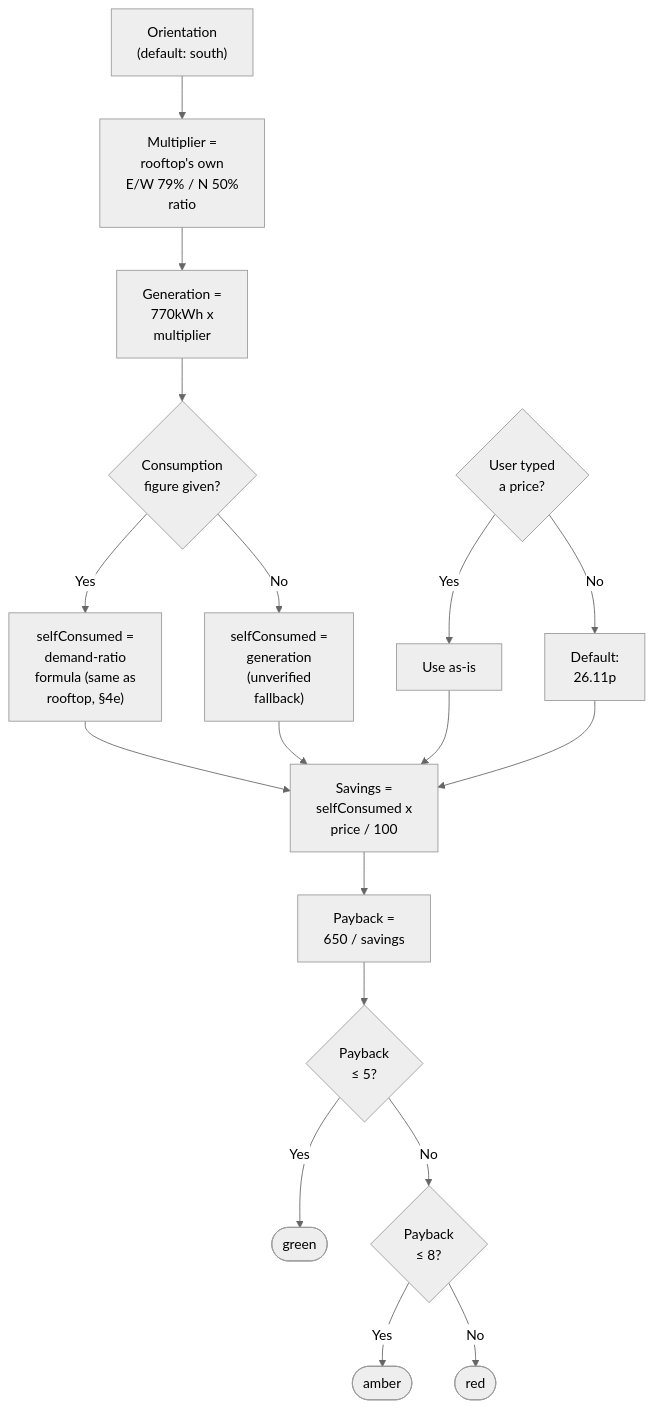
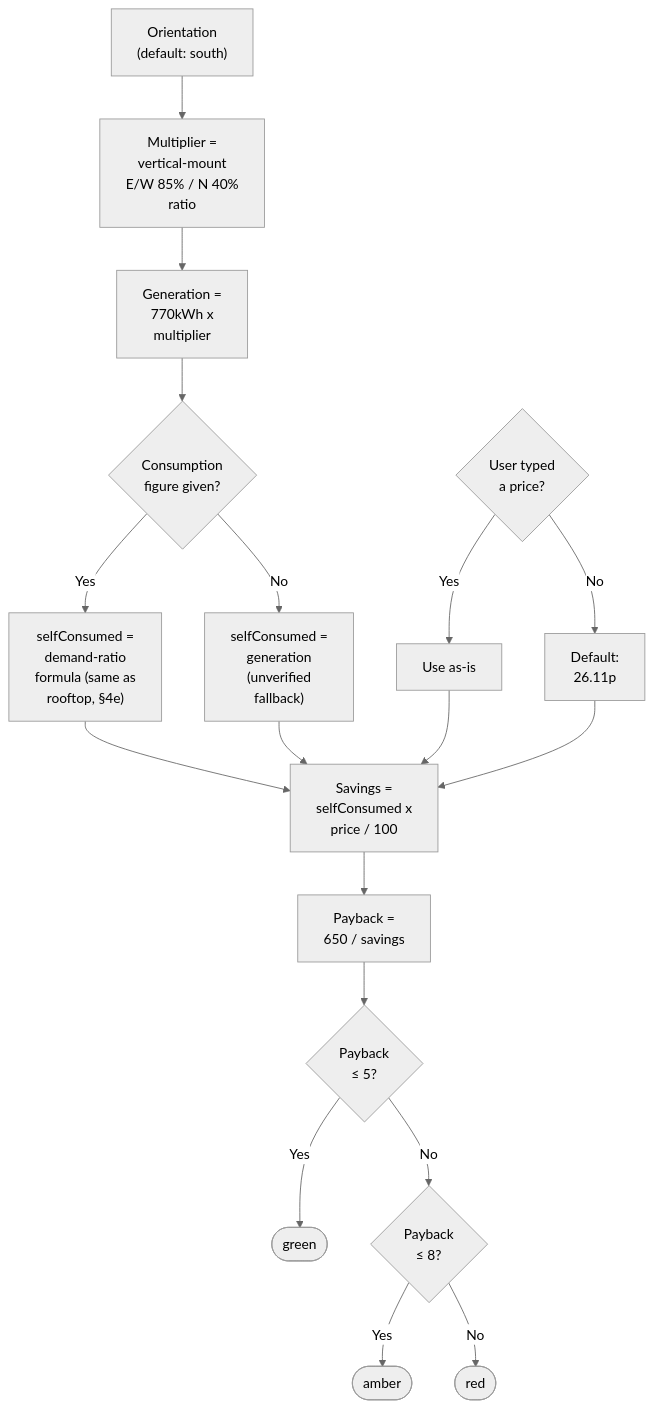
One commit to spallavi-stack/shubha-pm-portfolio changed the second of 7 diagrams in projects/sunnysideup/docs/calculation-logic.md. Above: the diagram before and after it, drawn with Mermaid (neutral theme). The commit also changed other lines of this file and 5 other files, not shown here.

````diff
--- a/projects/sunnysideup/docs/calculation-logic.md
+++ b/projects/sunnysideup/docs/calculation-logic.md
@@ -73,23 +73,23 @@
 ```mermaid
 flowchart TD
-  A["Orientation<br/>(default: south)"] --> B["Multiplier =<br/>rooftop's own<br/>E/W 79% / N 50%<br/>ratio"]
+  A["Orientation<br/>(default: south)"] --> B["Multiplier =<br/>vertical-mount<br/>E/W 85% / N 40%<br/>ratio"]
   B --> C["Generation =<br/>770kWh x<br/>multiplier"]
   D{"User typed<br/>a price?"} -->|Yes| E["Use as-is"]
   D -->|No| F["Default:<br/>26.11p"]
   K{"Consumption<br/>figure given?"}
   L["selfConsumed =<br/>demand-ratio<br/>formula (same as<br/>rooftop, §4e)"]
   M["selfConsumed =<br/>generation<br/>(unverified<br/>fallback)"]
   C --> K
   K -->|Yes| L
   K -->|No| M
   L --> G["Savings =<br/>selfConsumed x<br/>price / 100"]
   M --> G
   E --> G
   F --> G
   G --> H["Payback =<br/>650 / savings"]
   H --> I{"Payback<br/>≤ 5?"}
   I -->|Yes| Green(["green"])
   I -->|No| J{"Payback<br/>≤ 8?"}
   J -->|Yes| Amber(["amber"])
   J -->|No| Red(["red"])
 ```
````
